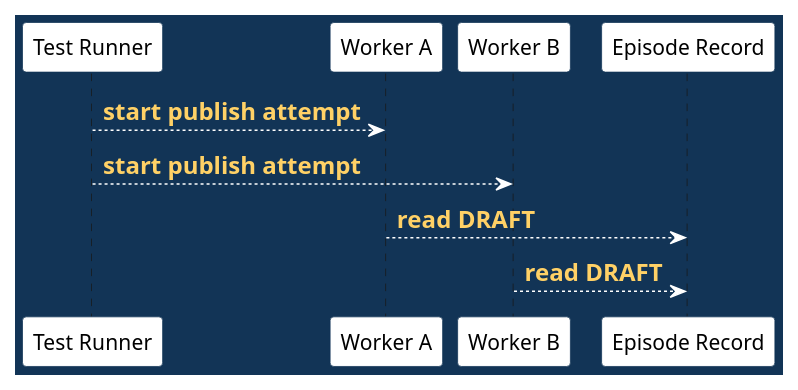
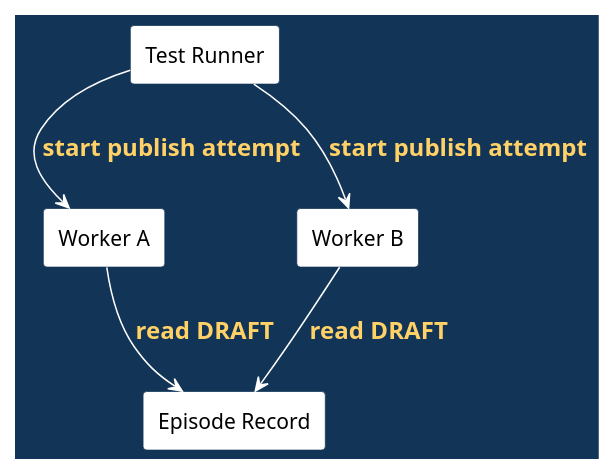
Before and after one commit to madajaju/CS5254: the third of 14 diagrams in doc/lectures/week4/validating_fixes/README.slides.adoc, drawn with PlantUML. The commit also changed other lines of this file and 74 other files, not shown here.

```diff
--- a/doc/lectures/week4/validating_fixes/README.slides.adoc
+++ b/doc/lectures/week4/validating_fixes/README.slides.adoc
@@ -101,32 +101,32 @@
 [plantuml,pressure-setup,svg,width=100%]
 ----
 @startuml
 skinparam BackgroundColor #123456
 skinparam DefaultFontColor black
 skinparam ArrowColor white
 skinparam ArrowFontColor #ffd166
 skinparam ArrowFontStyle bold
 skinparam ArrowFontSize 16
 skinparam shadowing false
 skinparam LifeLineBorderColor white
 skinparam LifeLineBackgroundColor white
 skinparam ParticipantBorderColor #123456
 skinparam ParticipantBackgroundColor white
 skinparam ParticipantFontColor black
 skinparam rectangle {
   BackgroundColor white
   FontColor black
   BorderColor #123456
 }
 
-participant "Test Runner" as T
-participant "Worker A" as A
-participant "Worker B" as B
-participant "Episode Record" as R
+rectangle "Test Runner" as T
+rectangle "Worker A" as A
+rectangle "Worker B" as B
+rectangle "Episode Record" as R
 
 T --> A : start publish attempt
 T --> B : start publish attempt
 A --> R : read DRAFT
 B --> R : read DRAFT
 @enduml
 ----
```
